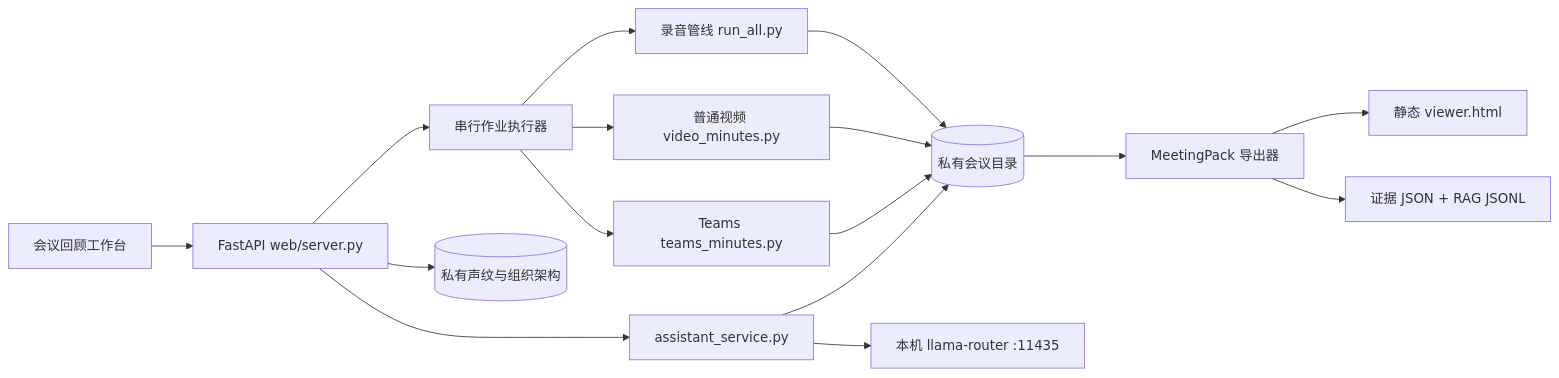
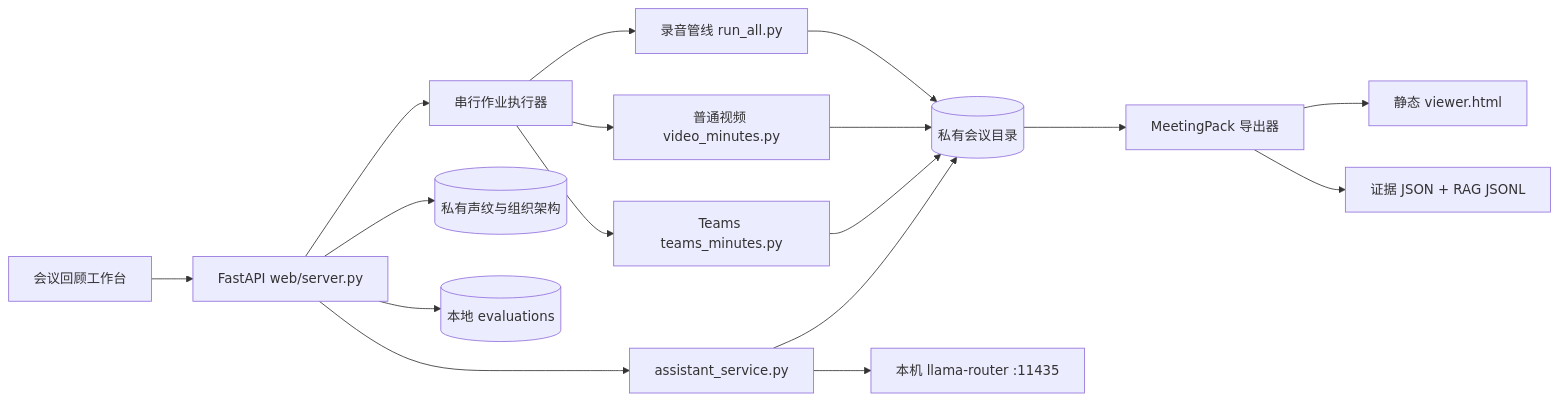
One commit to JohnnyBGoodeLithium/Local-Video-Meeting-Minutes changed the diagram in docs/ARCHITECTURE.md. Above: the diagram before and after it, drawn with Mermaid. The commit also changed other lines of this file and 9 other files, not shown here.

````diff
--- a/docs/ARCHITECTURE.md
+++ b/docs/ARCHITECTURE.md
@@ -11,18 +11,19 @@
 ```mermaid
 flowchart LR
     UI[会议回顾工作台] --> API[FastAPI web/server.py]
     API --> JOBS[串行作业执行器]
     JOBS --> AUDIO[录音管线 run_all.py]
     JOBS --> VIDEO[普通视频 video_minutes.py]
     JOBS --> TEAMS[Teams teams_minutes.py]
     AUDIO --> DATA[(私有会议目录)]
     VIDEO --> DATA
     TEAMS --> DATA
     API --> BANK[(私有声纹与组织架构)]
     API --> ASSIST[assistant_service.py]
     ASSIST --> ROUTER[本机 llama-router :11435]
     ASSIST --> DATA
+    API --> EVAL[(本地 evaluations)]
     DATA --> EXPORT[MeetingPack 导出器]
     EXPORT --> VIEWER[静态 viewer.html]
     EXPORT --> RAG[证据 JSON + RAG JSONL]
 ```
````
